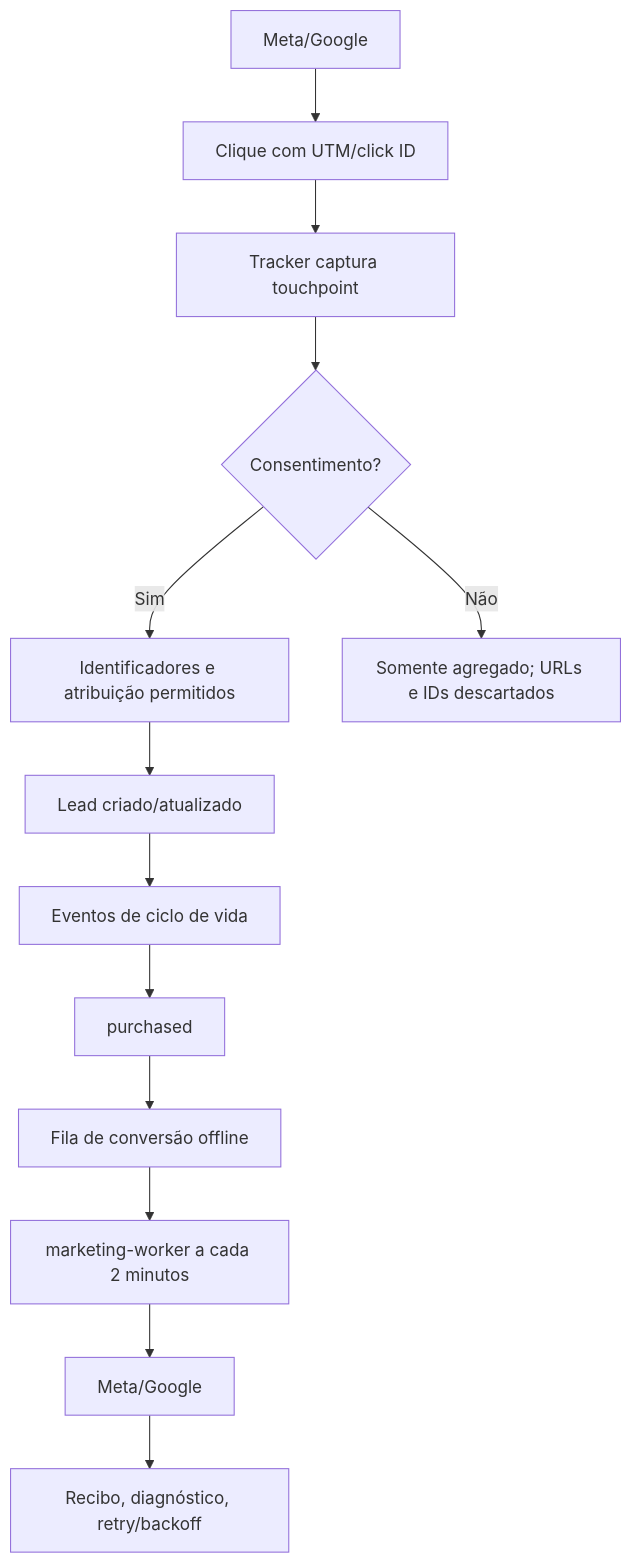
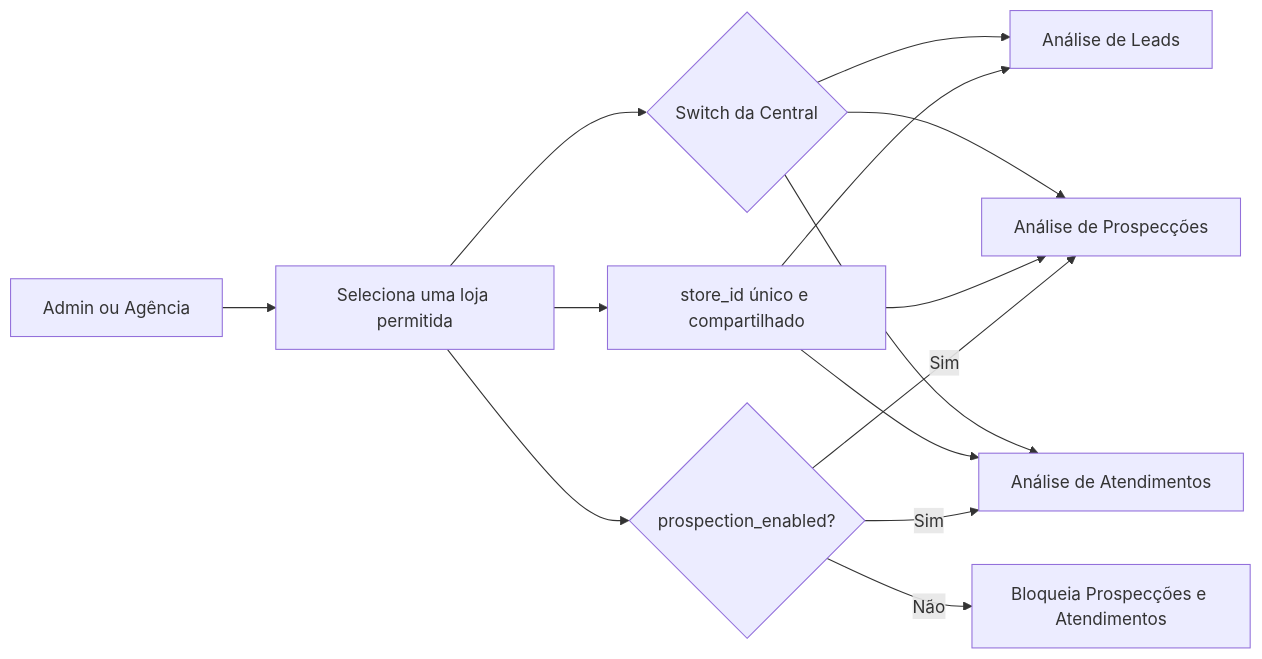
One commit to Jmxxp/lead-control- changed the fifth of 5 diagrams in DOCUMENTACAO_COMPLETA_PROJETO.md. Above: the diagram before and after it, drawn with Mermaid. The commit also changed other lines of this file and 31 other files, not shown here.

````diff
--- a/DOCUMENTACAO_COMPLETA_PROJETO.md
+++ b/DOCUMENTACAO_COMPLETA_PROJETO.md
@@ -358,16 +350,16 @@
 ```mermaid
-flowchart TD
-    ADS[Meta/Google] --> CLICK[Clique com UTM/click ID]
-    CLICK --> CAPTURE[Tracker captura touchpoint]
-    CONSENT{Consentimento?}
-    CAPTURE --> CONSENT
-    CONSENT -->|Sim| IDENT[Identificadores e atribuição permitidos]
-    CONSENT -->|Não| AGG[Somente agregado; URLs e IDs descartados]
-    IDENT --> LEAD[Lead criado/atualizado]
-    LEAD --> EVENTS[Eventos de ciclo de vida]
-    EVENTS --> PURCHASE[purchased]
-    PURCHASE --> QUEUE[Fila de conversão offline]
-    QUEUE --> WORKER[marketing-worker a cada 2 minutos]
-    WORKER --> PROVIDER[Meta/Google]
-    PROVIDER --> DIAG[Recibo, diagnóstico, retry/backoff]
+flowchart LR
+    USER[Admin ou Agência] --> STORE[Seleciona uma loja permitida]
+    STORE --> SWITCH{Switch da Central}
+    STORE --> LICENSE{prospection_enabled?}
+    SWITCH --> LEADS[Análise de Leads]
+    SWITCH --> PROS[Análise de Prospecções]
+    SWITCH --> ATT[Análise de Atendimentos]
+    STORE --> SCOPE[store_id único e compartilhado]
+    SCOPE --> LEADS
+    SCOPE --> PROS
+    SCOPE --> ATT
+    LICENSE -->|Não| LOCK[Bloqueia Prospecções e Atendimentos]
+    LICENSE -->|Sim| PROS
+    LICENSE -->|Sim| ATT
 ```
````
